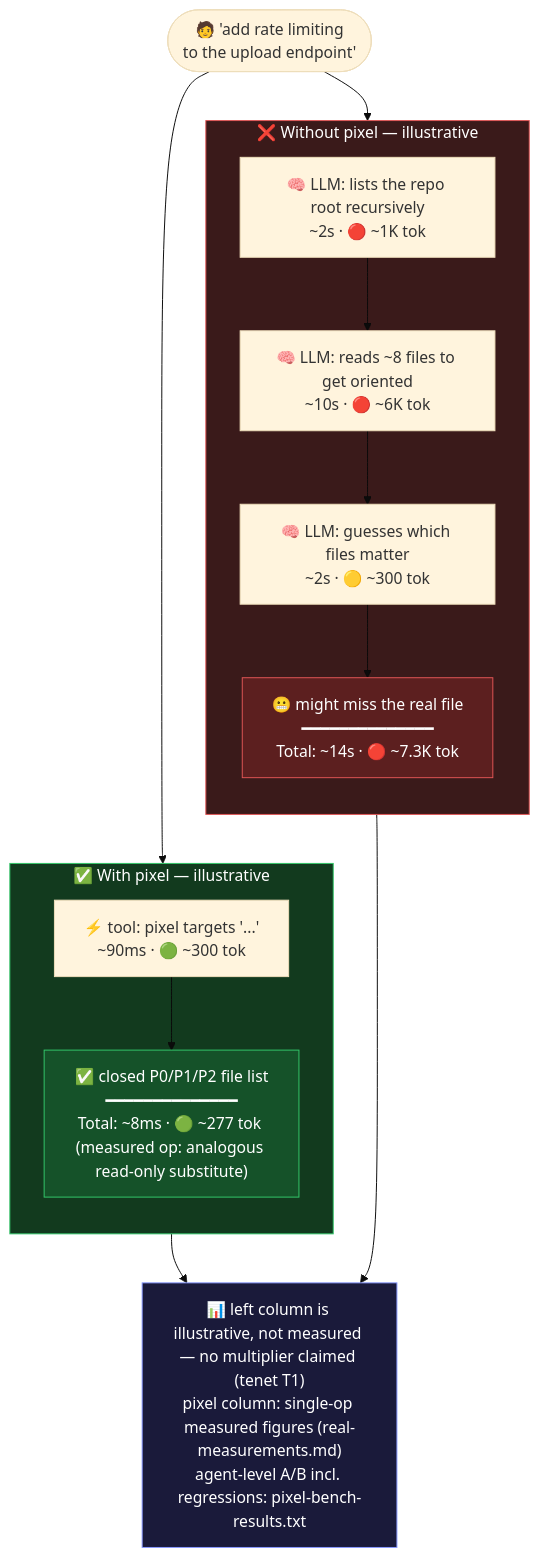
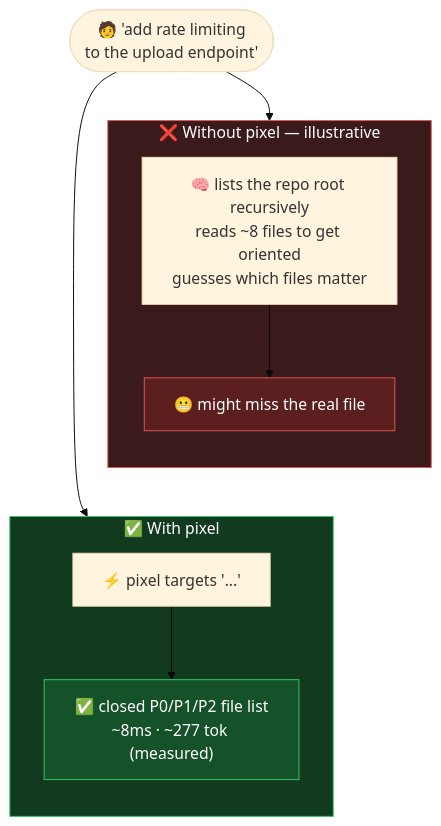
One commit to Pixel-CLI/pixel changed the diagram in docs/examples/04-targets-task.mmd. Above: the diagram before and after it, drawn with Mermaid (base theme). The commit also changed 21 other files, not shown here.

Commit message:
docs: condense README, add origin story, refresh diagrams

```diff
--- a/docs/examples/04-targets-task.mmd
+++ b/docs/examples/04-targets-task.mmd
@@ -1,30 +1,21 @@
 flowchart TD
     Ask(["🧑 'add rate limiting<br/>to the upload endpoint'"])
     Ask --> w1
     Ask --> p1
     w1 ~~~ p1
 
     subgraph W ["❌ Without pixel — illustrative"]
         direction TB
-        w1["🧠 LLM: lists the repo root recursively<br/>~2s · 🔴 ~1K tok"] --> w2
-        w2["🧠 LLM: reads ~8 files to get oriented<br/>~10s · 🔴 ~6K tok"] --> w3
-        w3["🧠 LLM: guesses which files matter<br/>~2s · 🟡 ~300 tok"]
-        w3 --> w5["😬 might miss the real file<br/>━━━━━━━━━━━━━━<br/>Total: ~14s · 🔴 ~7.3K tok"]
+        w1["🧠 lists the repo root recursively<br/>reads ~8 files to get oriented<br/>guesses which files matter"] --> w5["😬 might miss the real file"]
     end
 
-    subgraph P ["✅ With pixel — illustrative"]
+    subgraph P ["✅ With pixel"]
         direction TB
-        p1["⚡ tool: pixel targets '...'<br/>~90ms · 🟢 ~300 tok"]
-        p1 --> p3["✅ closed P0/P1/P2 file list<br/>━━━━━━━━━━━━━━<br/>Total: ~8ms · 🟢 ~277 tok (measured op: analogous read-only substitute)"]
+        p1["⚡ pixel targets '...'"] --> p3["✅ closed P0/P1/P2 file list<br/>~8ms · ~277 tok (measured)"]
     end
-
-    w5 --> Recap
-    p3 --> Recap
-    Recap["📊 left column is illustrative, not measured — no multiplier claimed (tenet T1)<br/>pixel column: single-op measured figures (real-measurements.md)<br/>agent-level A/B incl. regressions: pixel-bench-results.txt"]
 
     style W fill:#3a1a1a,stroke:#e05555,color:#fff
     style P fill:#123a1e,stroke:#33c76a,color:#fff
     style w5 fill:#5c1f1f,stroke:#e05555,color:#fff
     style p3 fill:#155229,stroke:#33c76a,color:#fff
-    style Recap fill:#1a1a3a,stroke:#8899ff,color:#fff
     linkStyle 2 stroke-width:0px
```
